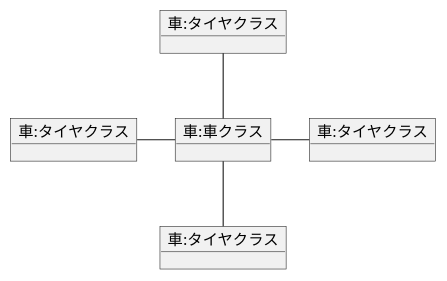
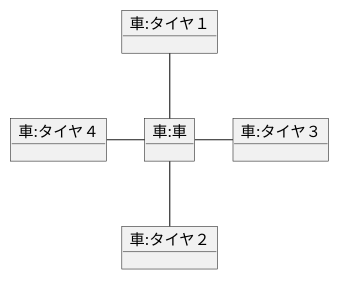
One commit to nakamachiJP/uml-introduction changed the diagram in 演習3-4_オブジェクト図.pu. Above: the diagram before and after it, drawn with PlantUML. The commit also changed 1 other file, not shown here.

```diff
--- a/演習3-4_オブジェクト図.pu
+++ b/演習3-4_オブジェクト図.pu
@@ -1,22 +1,22 @@
 @startuml 演習３－４
-object "車:車クラス" as car{
+object "車:車" as car{
     
 }
-object "車:タイヤクラス" as tire1{
+object "車:タイヤ１" as tire1{
     
 }
-object "車:タイヤクラス" as tire2{
+object "車:タイヤ２" as tire2{
     
 }
-object "車:タイヤクラス" as tire3{
+object "車:タイヤ３" as tire3{
     
 }
-object "車:タイヤクラス" as tire4{
+object "車:タイヤ４" as tire4{
     
 }
 car -up- tire1
 car -down- tire2
 car -ri- tire3
 car -le- tire4
 
 @enduml
```
